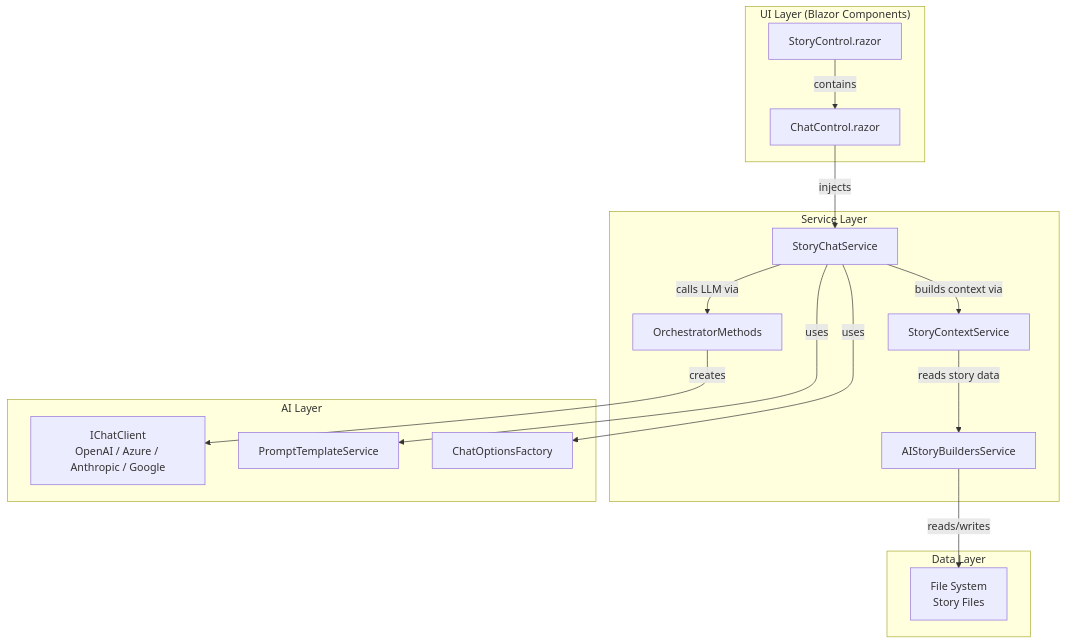
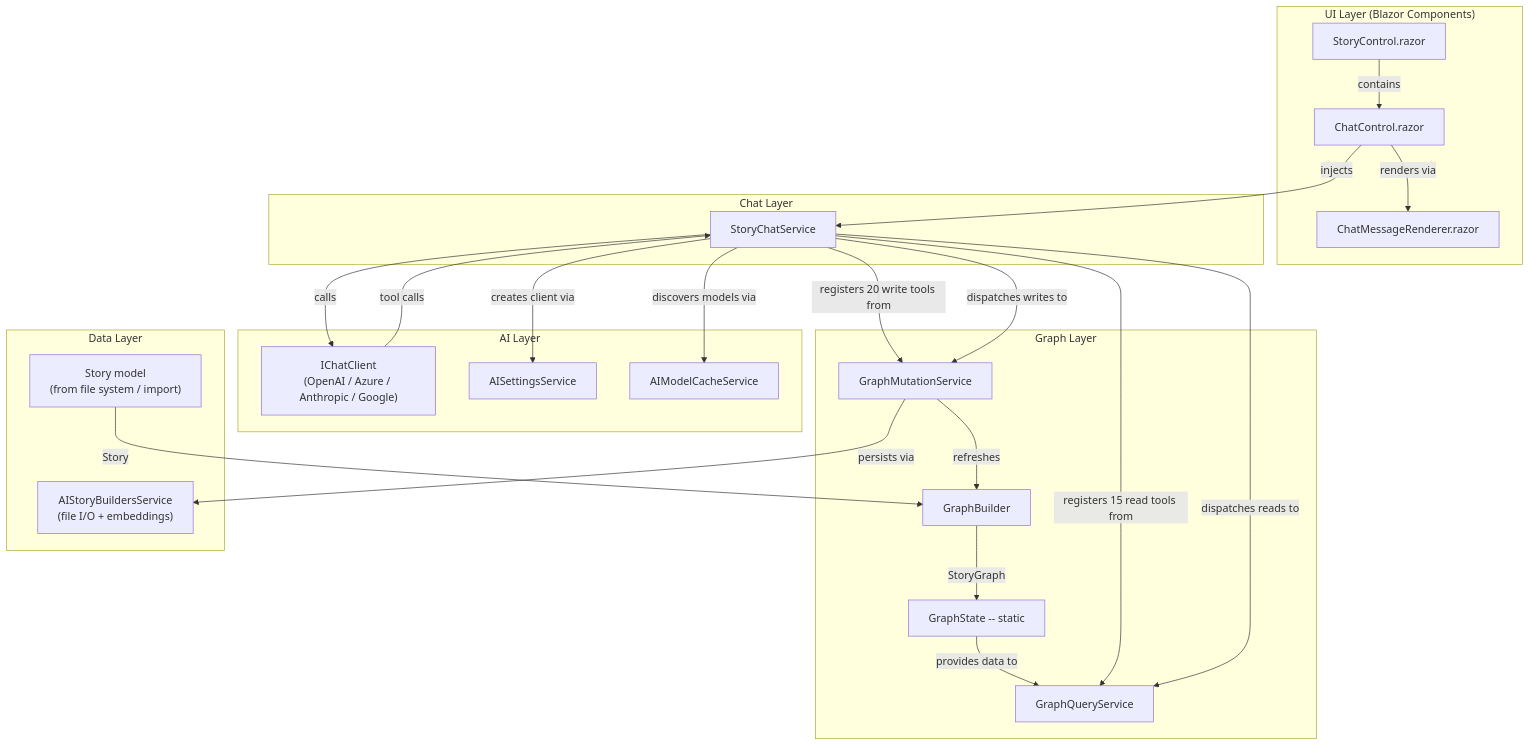
The sixth of 16 diagrams in docs/chat-tab-implementation-plan.md (AIStoryBuilders/AIStoryBuilders), drawn with Mermaid before and after one commit. The commit also changed other lines of this file and 1 other file, not shown here.

First line of the commit message:
Rewrite chat tab implementation plan for tool-calling AI

````diff
--- a/docs/chat-tab-implementation-plan.md
+++ b/docs/chat-tab-implementation-plan.md
@@ -122,34 +392,49 @@
 ```mermaid
 graph TB
     subgraph "UI Layer (Blazor Components)"
         SC[StoryControl.razor]
         CC[ChatControl.razor]
+        CMR[ChatMessageRenderer.razor]
     end
 
-    subgraph "Service Layer"
+    subgraph "Graph Layer"
+        GB[GraphBuilder]
+        GS[GraphState -- static]
+        GQS[GraphQueryService]
+        GMS[GraphMutationService]
+    end
+
+    subgraph "Chat Layer"
         SCS[StoryChatService]
-        SCTX[StoryContextService]
-        OM[OrchestratorMethods]
-        AISBS[AIStoryBuildersService]
     end
 
     subgraph "AI Layer"
-        LLM[IChatClient<br/>OpenAI / Azure / Anthropic / Google]
-        PTS[PromptTemplateService]
-        COF[ChatOptionsFactory]
+        LLM["IChatClient<br/>(OpenAI / Azure / Anthropic / Google)"]
+        AIS[AISettingsService]
+        AMC[AIModelCacheService]
     end
 
     subgraph "Data Layer"
-        FS[File System<br/>Story Files]
+        FS["Story model<br/>(from file system / import)"]
+        ASBS["AIStoryBuildersService<br/>(file I/O + embeddings)"]
     end
 
     SC -->|contains| CC
+    CC -->|renders via| CMR
     CC -->|injects| SCS
-    SCS -->|builds context via| SCTX
-    SCS -->|calls LLM via| OM
-    SCTX -->|reads story data| AISBS
-    AISBS -->|reads/writes| FS
-    OM -->|creates| LLM
-    SCS -->|uses| PTS
-    SCS -->|uses| COF
+
+    FS -->|Story| GB
+    GB -->|StoryGraph| GS
+    GS -->|provides data to| GQS
+
+    SCS -->|registers 15 read tools from| GQS
+    SCS -->|registers 20 write tools from| GMS
+    SCS -->|creates client via| AIS
+    SCS -->|discovers models via| AMC
+    SCS -->|calls| LLM
+    LLM -->|tool calls| SCS
+    SCS -->|dispatches reads to| GQS
+    SCS -->|dispatches writes to| GMS
+    GMS -->|persists via| ASBS
+    GMS -->|refreshes| GB
 ```
````
